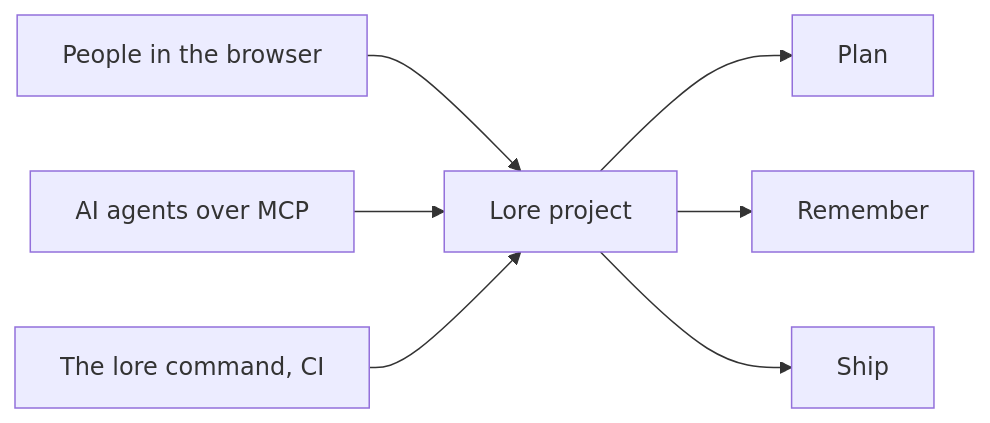
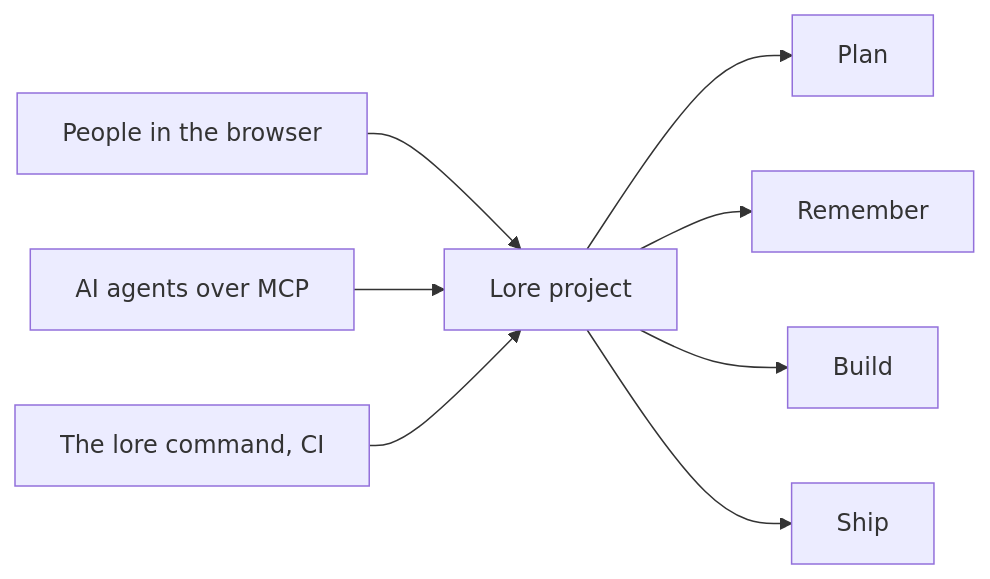
The diagram in lore/docs/1-start/1-introduction.md (alepha-dev/alepha), drawn with Mermaid before and after one commit. The commit also changed other lines of this file and 19 other files, not shown here.

````diff
--- a/lore/docs/1-start/1-introduction.md
+++ b/lore/docs/1-start/1-introduction.md
@@ -38,9 +39,10 @@
 ```mermaid
 flowchart LR
   People[People in the browser] --> Project[Lore project]
   Agents[AI agents over MCP] --> Project
   CLI[The lore command, CI] --> Project
   Project --> Plan
   Project --> Remember
+  Project --> Build
   Project --> Ship
 ```
````
